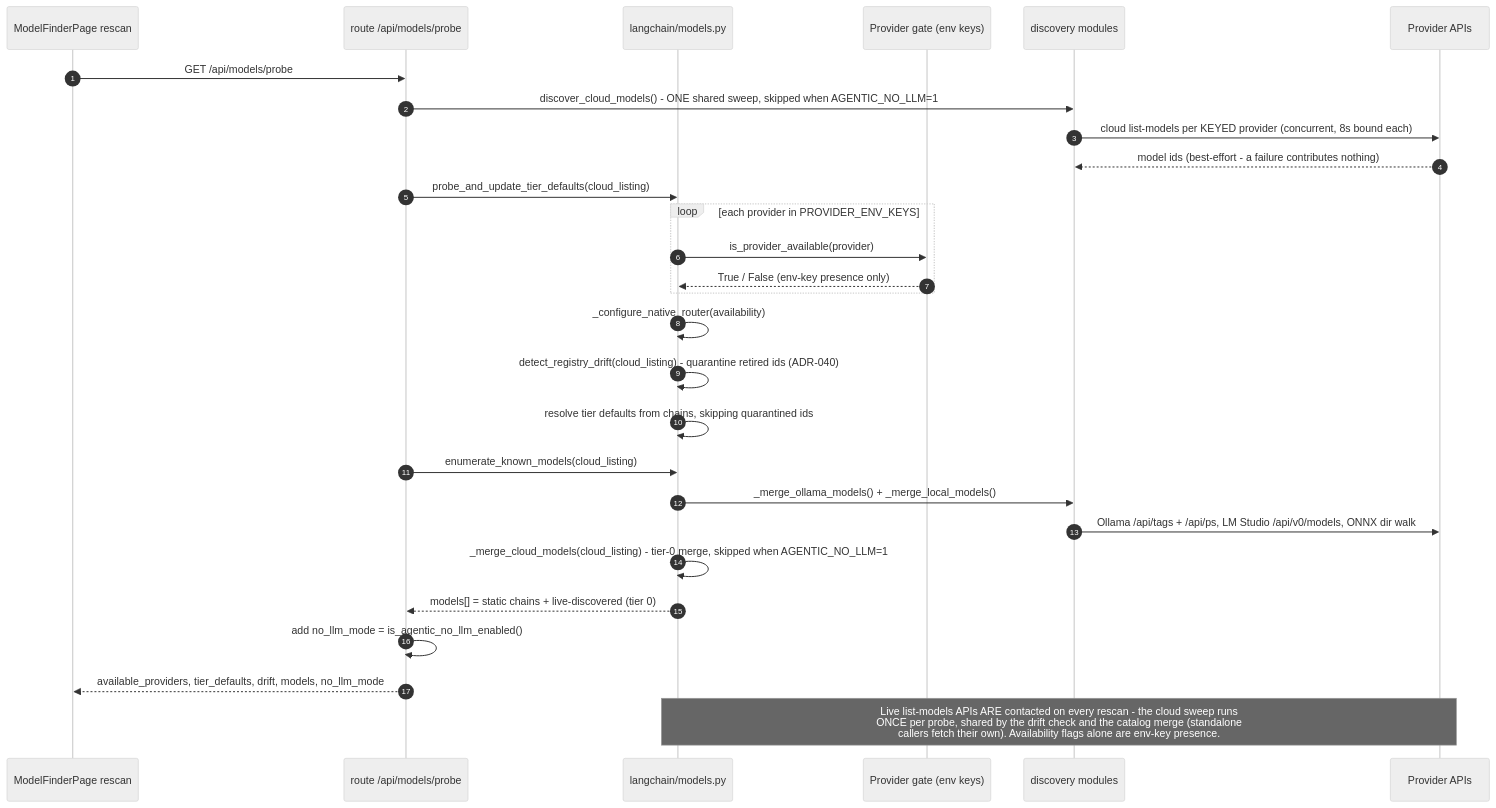
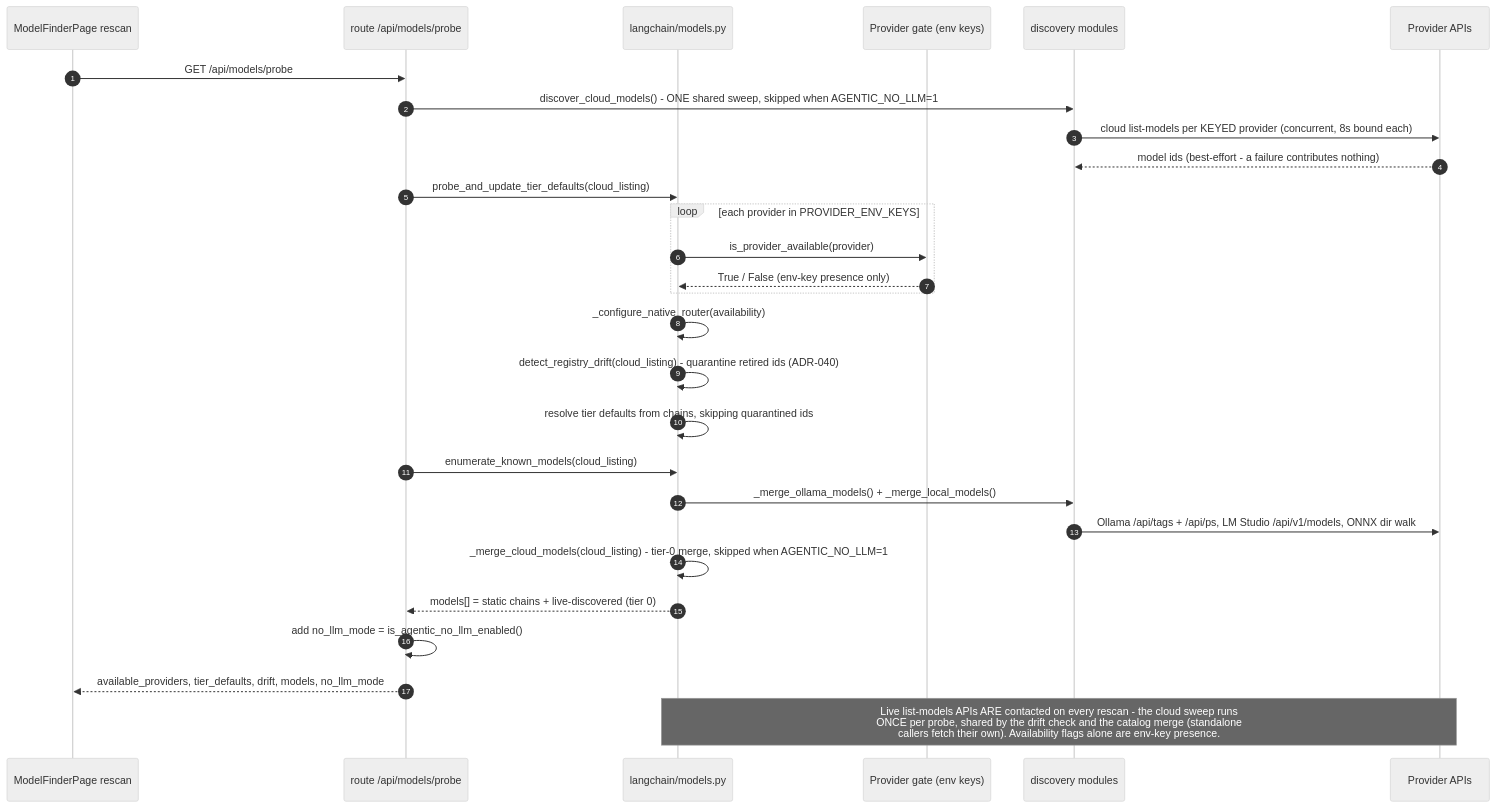
Before and after one commit to tafreeman/agentic-runtime-platform: the second of 2 diagrams in agentic-workflows-v2/docs/MODEL_LAYER.md, drawn with Mermaid (neutral theme). The commit also changed other lines of this file and 149 other files, not shown here.

````diff
--- a/agentic-workflows-v2/docs/MODEL_LAYER.md
+++ b/agentic-workflows-v2/docs/MODEL_LAYER.md
@@ -112,30 +113,30 @@
 ```mermaid
 sequenceDiagram
   autonumber
   participant U as ModelFinderPage rescan
   participant R as route /api/models/probe
   participant M as langchain/models.py
   participant G as Provider gate (env keys)
   participant D as discovery modules
   participant P as Provider APIs
   U->>R: GET /api/models/probe
   R->>D: discover_cloud_models() - ONE shared sweep, skipped when AGENTIC_NO_LLM=1
   D->>P: cloud list-models per KEYED provider (concurrent, 8s bound each)
   P-->>D: model ids (best-effort - a failure contributes nothing)
   R->>M: probe_and_update_tier_defaults(cloud_listing)
   loop each provider in PROVIDER_ENV_KEYS
     M->>G: is_provider_available(provider)
     G-->>M: True / False (env-key presence only)
   end
   M->>M: _configure_native_router(availability)
   M->>M: detect_registry_drift(cloud_listing) - quarantine retired ids (ADR-040)
   M->>M: resolve tier defaults from chains, skipping quarantined ids
   R->>M: enumerate_known_models(cloud_listing)
   M->>D: _merge_ollama_models() + _merge_local_models()
-  D->>P: Ollama /api/tags + /api/ps, LM Studio /api/v0/models, ONNX dir walk
+  D->>P: Ollama /api/tags + /api/ps, LM Studio /api/v1/models, ONNX dir walk
   M->>M: _merge_cloud_models(cloud_listing) - tier-0 merge, skipped when AGENTIC_NO_LLM=1
   M-->>R: models[] = static chains + live-discovered (tier 0)
   R->>R: add no_llm_mode = is_agentic_no_llm_enabled()
   R-->>U: available_providers, tier_defaults, drift, models, no_llm_mode
   Note over M,P: Live list-models APIs ARE contacted on every rescan - the cloud sweep runs<br/>ONCE per probe, shared by the drift check and the catalog merge (standalone<br/>callers fetch their own). Availability flags alone are env-key presence.
 ```
````
